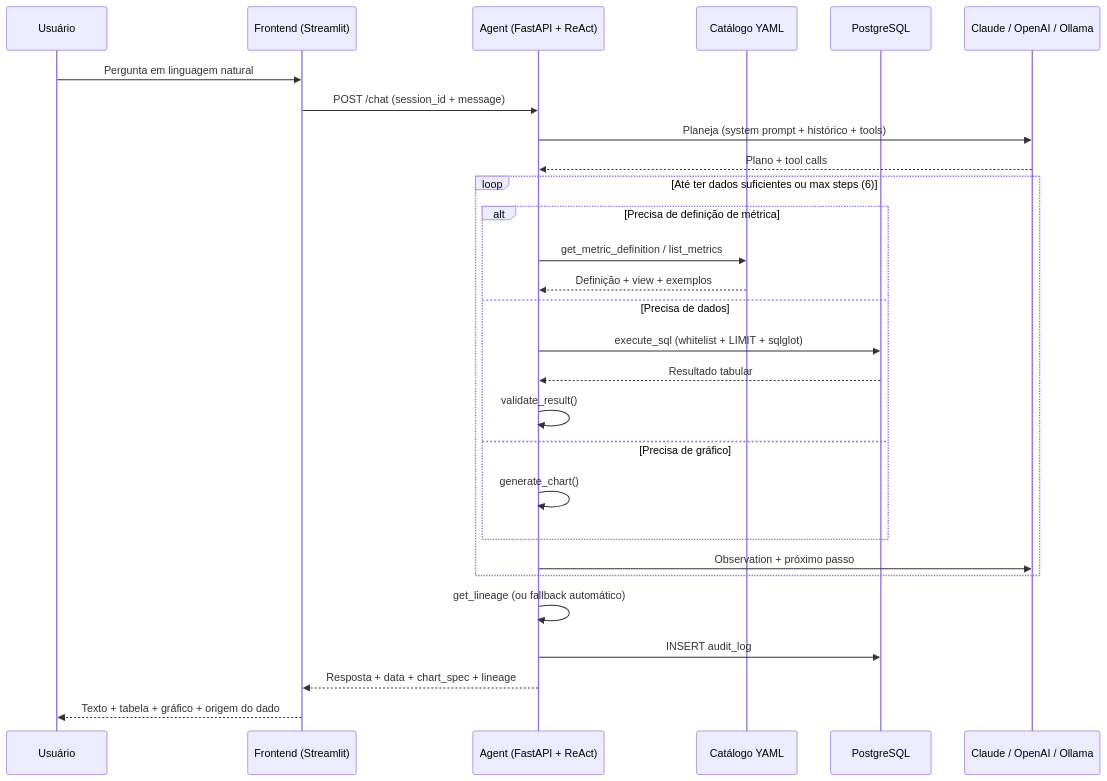
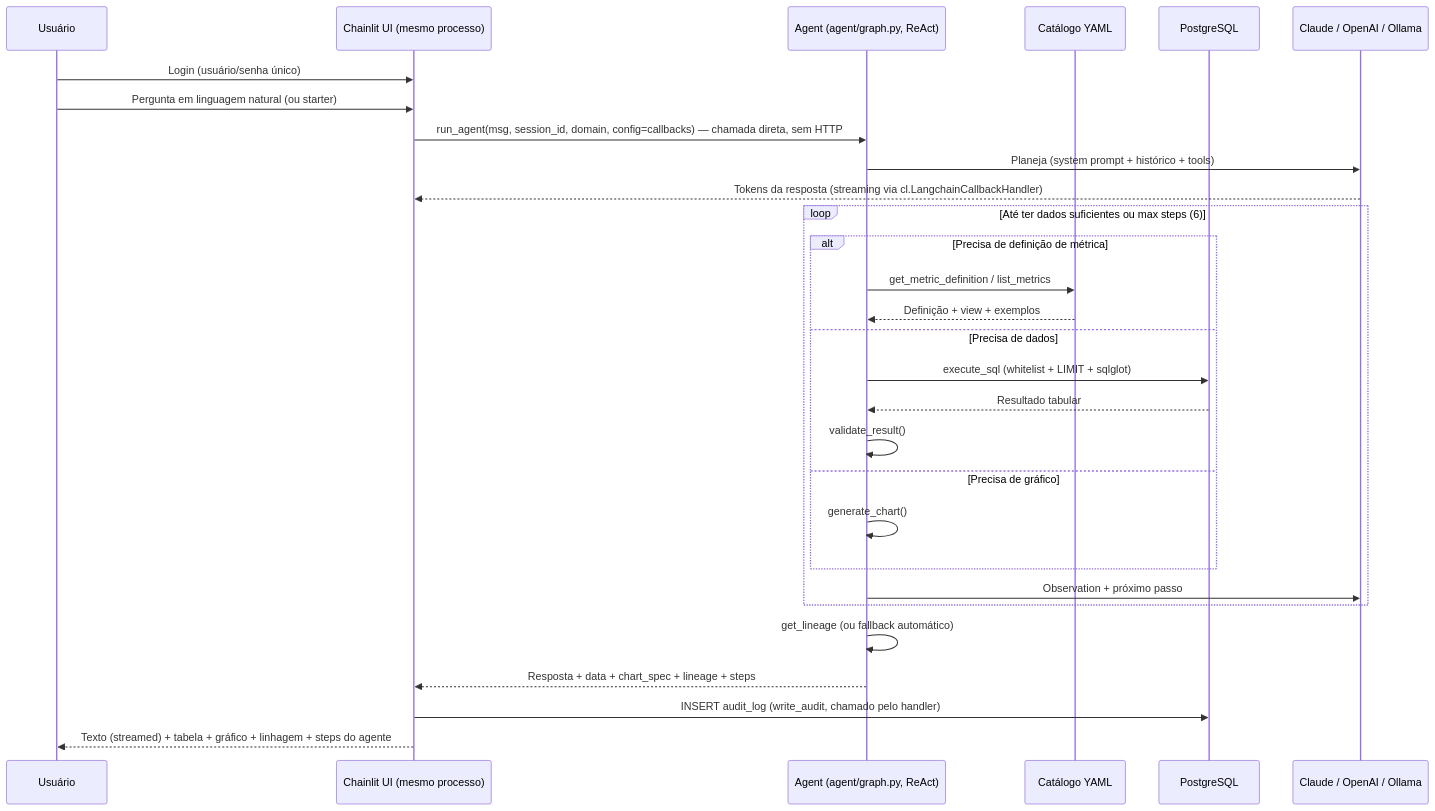
The third of 3 diagrams in docs/ARCHITECTURE.md (jamazonaz/gefin-agent-ai), drawn with Mermaid before and after one commit. The commit also changed other lines of this file and 18 other files, not shown here.

First line of the commit message:
Adiciona migração do frontend Streamlit para Chainlit

````diff
--- a/docs/ARCHITECTURE.md
+++ b/docs/ARCHITECTURE.md
@@ -63,34 +61,35 @@
 ```mermaid
 sequenceDiagram
     participant U as Usuário
-    participant FE as Frontend (Streamlit)
-    participant AG as Agent (FastAPI + ReAct)
+    participant CL as Chainlit UI (mesmo processo)
+    participant AG as Agent (agent/graph.py, ReAct)
     participant CAT as Catálogo YAML
     participant DB as PostgreSQL
     participant LLM as Claude / OpenAI / Ollama
 
-    U->>FE: Pergunta em linguagem natural
-    FE->>AG: POST /chat (session_id + message)
+    U->>CL: Login (usuário/senha único)
+    U->>CL: Pergunta em linguagem natural (ou starter)
+    CL->>AG: run_agent(msg, session_id, domain, config=callbacks) — chamada direta, sem HTTP
 
     AG->>LLM: Planeja (system prompt + histórico + tools)
-    LLM-->>AG: Plano + tool calls
+    LLM-->>CL: Tokens da resposta (streaming via cl.LangchainCallbackHandler)
 
     loop Até ter dados suficientes ou max steps (6)
         alt Precisa de definição de métrica
             AG->>CAT: get_metric_definition / list_metrics
             CAT-->>AG: Definição + view + exemplos
         else Precisa de dados
             AG->>DB: execute_sql (whitelist + LIMIT + sqlglot)
             DB-->>AG: Resultado tabular
             AG->>AG: validate_result()
         else Precisa de gráfico
             AG->>AG: generate_chart()
         end
         AG->>LLM: Observation + próximo passo
     end
 
     AG->>AG: get_lineage (ou fallback automático)
-    AG->>DB: INSERT audit_log
-    AG-->>FE: Resposta + data + chart_spec + lineage
-    FE-->>U: Texto + tabela + gráfico + origem do dado
+    AG-->>CL: Resposta + data + chart_spec + lineage + steps
+    CL->>DB: INSERT audit_log (write_audit, chamado pelo handler)
+    CL-->>U: Texto (streamed) + tabela + gráfico + linhagem + steps do agente
 ```
````
